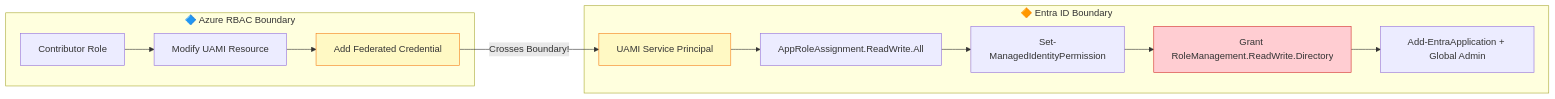
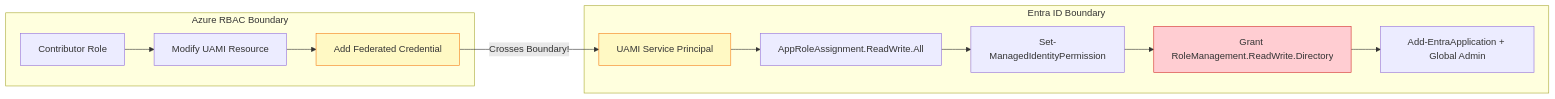
One commit to azurekid/mc2-connect changed the sixth of 7 diagrams in README.md. Above: the diagram before and after it, drawn with Mermaid. The commit also changed other lines of this file, not shown here.

````diff
--- a/README.md
+++ b/README.md
@@ -653,24 +653,24 @@
 ```mermaid
 flowchart LR
-    subgraph AzureRBAC["🔷 Azure RBAC Boundary"]
+    subgraph AzureRBAC["Azure RBAC Boundary"]
         AR1[Contributor Role]
         AR2[Modify UAMI Resource]
         AR3[Add Federated Credential]
     end
 
-    subgraph EntraID["🔶 Entra ID Boundary"]
+    subgraph EntraID["Entra ID Boundary"]
         EI1[UAMI Service Principal]
         EI2[AppRoleAssignment.ReadWrite.All]
         EI3[Set-ManagedIdentityPermission]
         EI4[Grant RoleManagement.ReadWrite.Directory]
         EI5[Add-EntraApplication + Global Admin]
     end
 
     AR1 --> AR2 --> AR3
     AR3 -->|"Crosses Boundary!"| EI1
     EI1 --> EI2 --> EI3 --> EI4 --> EI5
 
     style AR3 fill:#fff9c4,stroke:#f57f17
     style EI1 fill:#fff9c4,stroke:#f57f17
     style EI4 fill:#ffcdd2,stroke:#d32f2f
 ```
````
